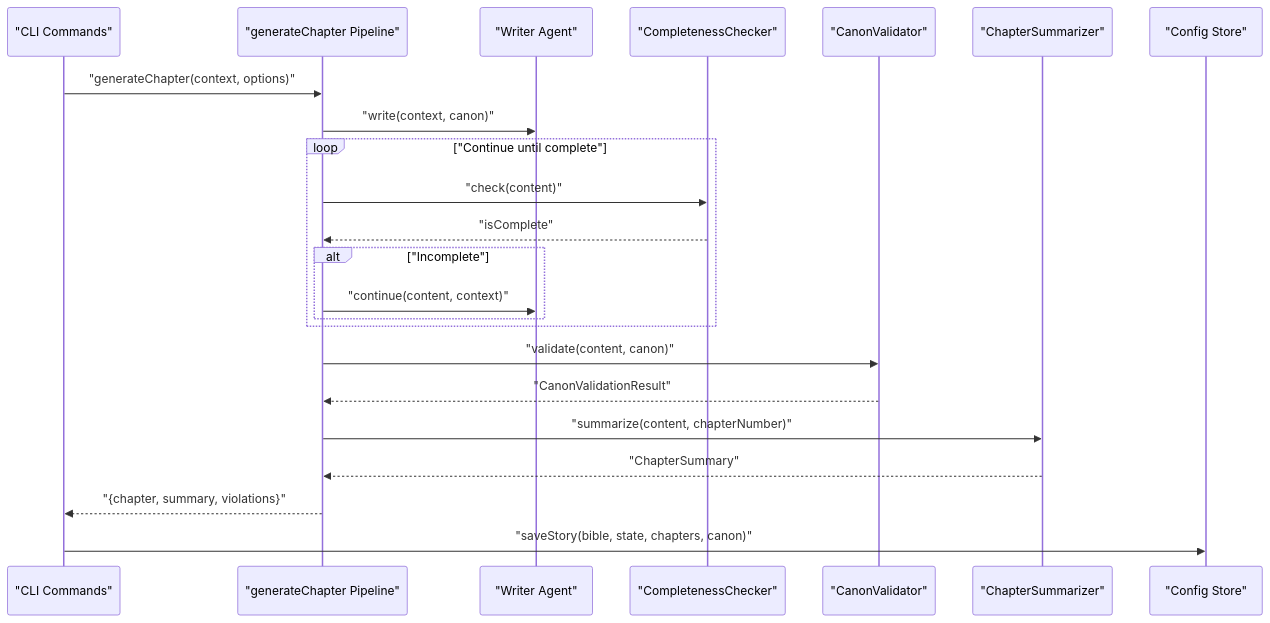
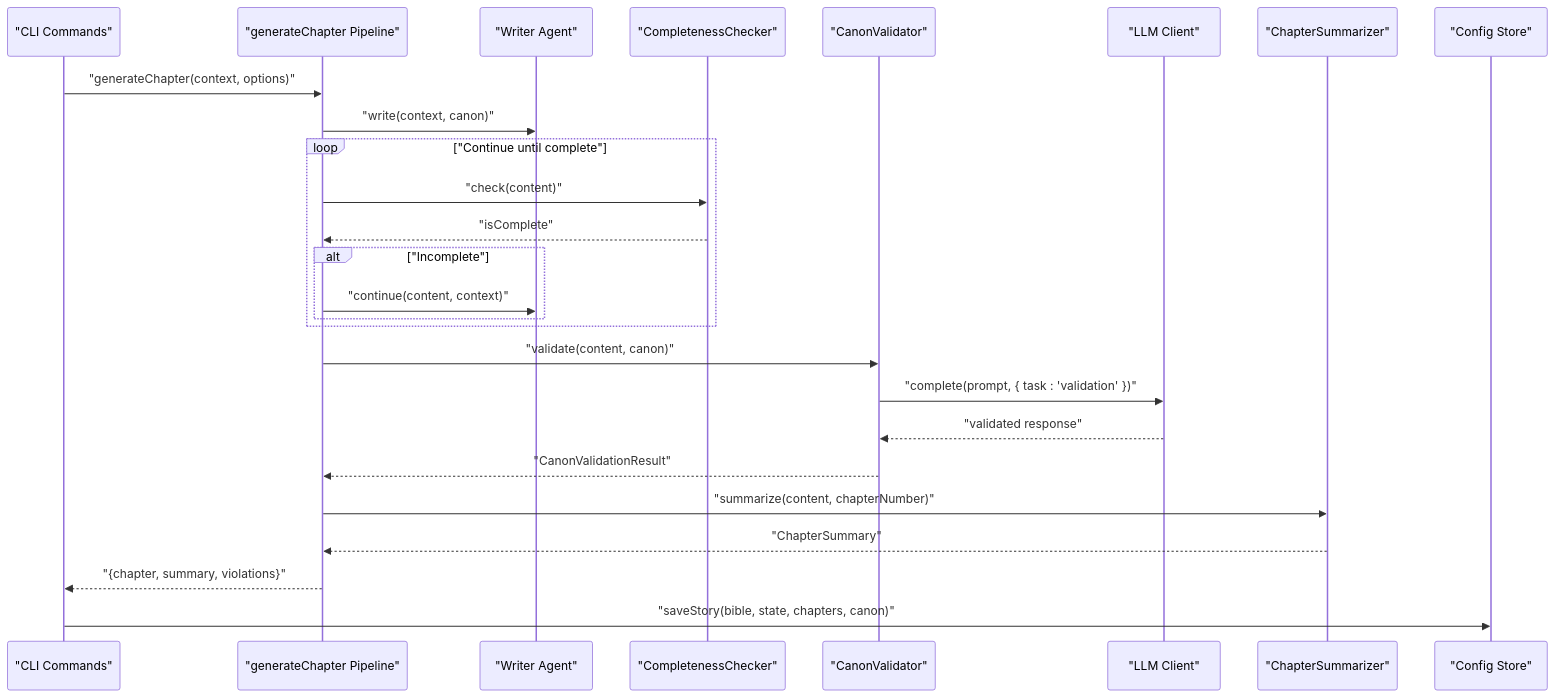
One commit to liwonder/NARRITIVE_OS changed the second of 7 diagrams in .qoder/repowiki/en/content/AI Agent System/Canon Validator Agent.md. Above: the diagram before and after it, drawn with Mermaid. The commit also changed other lines of this file and 12 other files, not shown here.

````diff
--- a/.qoder/repowiki/en/content/AI Agent System/Canon Validator Agent.md
+++ b/.qoder/repowiki/en/content/AI Agent System/Canon Validator Agent.md
@@ -115,25 +132,28 @@
 ```mermaid
 sequenceDiagram
 participant CLI as "CLI Commands"
 participant Pipe as "generateChapter Pipeline"
 participant Writer as "Writer Agent"
 participant Comp as "CompletenessChecker"
 participant Val as "CanonValidator"
+participant LLM as "LLM Client"
 participant Sum as "ChapterSummarizer"
 participant Store as "Config Store"
 CLI->>Pipe : "generateChapter(context, options)"
 Pipe->>Writer : "write(context, canon)"
 loop "Continue until complete"
 Pipe->>Comp : "check(content)"
 Comp-->>Pipe : "isComplete"
 alt "Incomplete"
 Pipe->>Writer : "continue(content, context)"
 end
 end
 Pipe->>Val : "validate(content, canon)"
+Val->>LLM : "complete(prompt, { task : 'validation' })"
+LLM-->>Val : "validated response"
 Val-->>Pipe : "CanonValidationResult"
 Pipe->>Sum : "summarize(content, chapterNumber)"
 Sum-->>Pipe : "ChapterSummary"
 Pipe-->>CLI : "{chapter, summary, violations}"
 CLI->>Store : "saveStory(bible, state, chapters, canon)"
 ```
````
